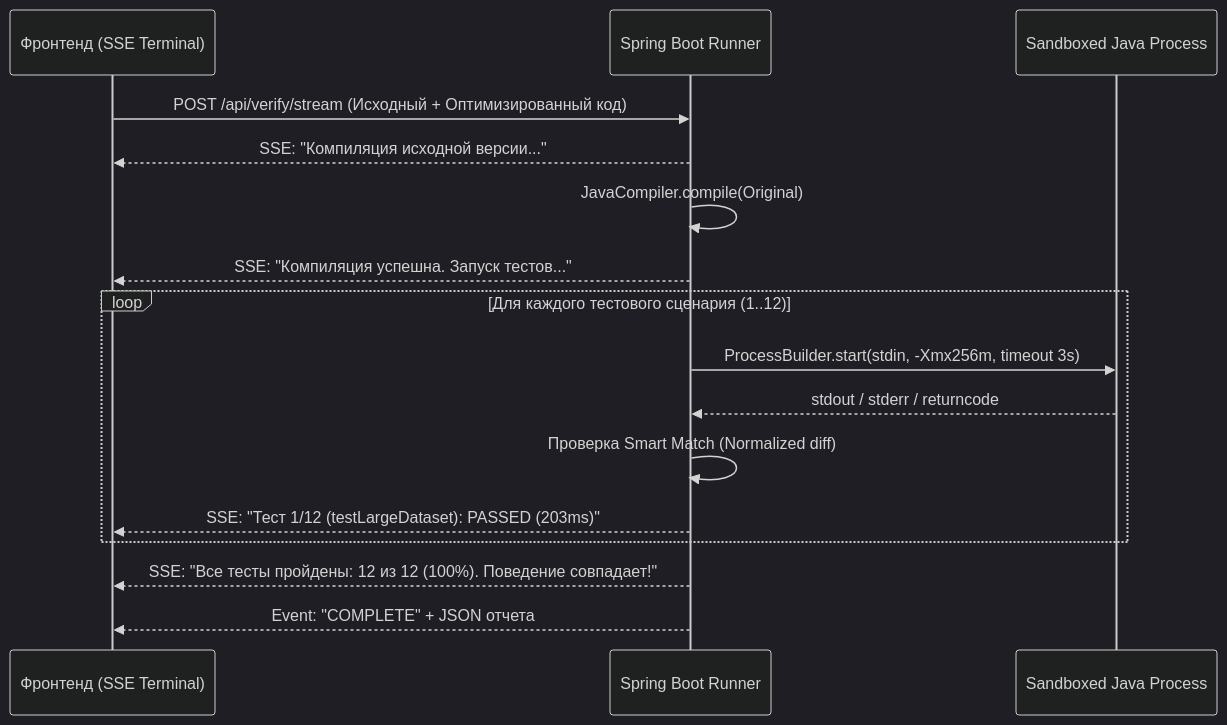
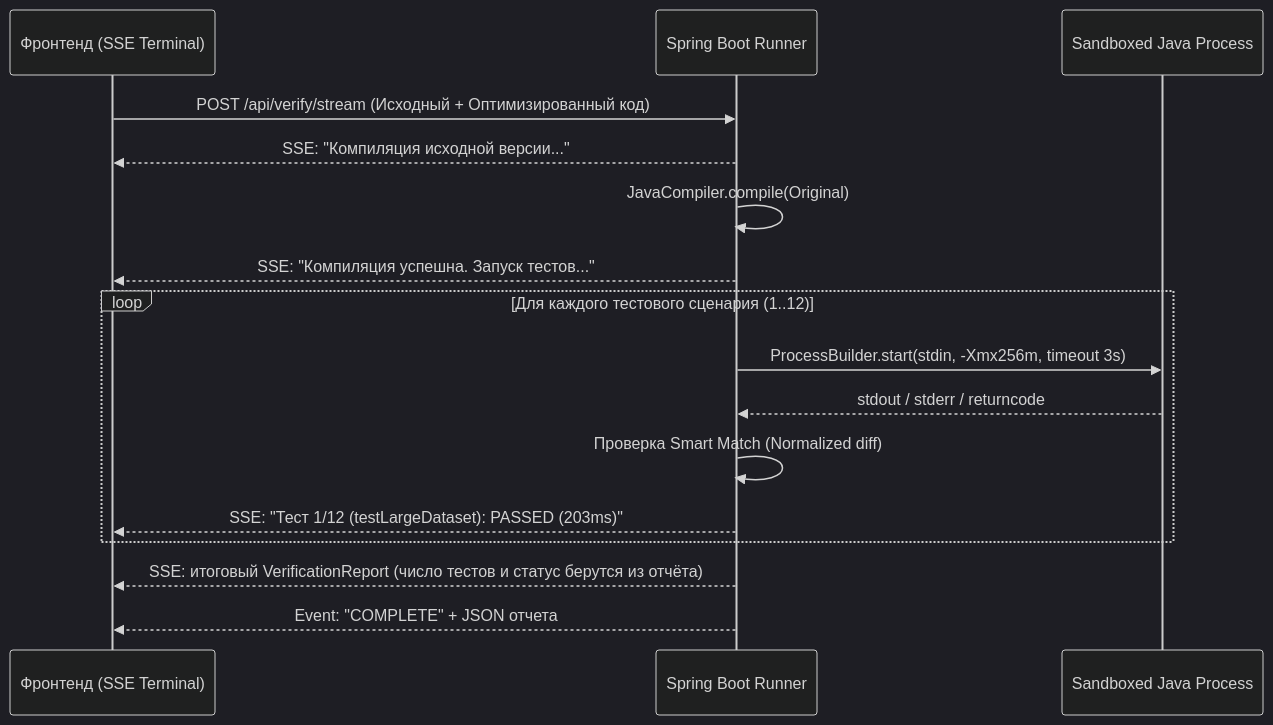
One commit to Nepovezlovchera/Vaiberi changed the second of 2 diagrams in docs/ARCHITECTURE_AND_SPEC.md. Above: the diagram before and after it, drawn with Mermaid (dark theme). The commit also changed other lines of this file and 43 other files, not shown here.

````diff
--- a/docs/ARCHITECTURE_AND_SPEC.md
+++ b/docs/ARCHITECTURE_AND_SPEC.md
@@ -337,21 +337,21 @@
 ```mermaid
 sequenceDiagram
     participant UI as Фронтенд (SSE Terminal)
     participant API as Spring Boot Runner
     participant JVM as Sandboxed Java Process
 
     UI->>API: POST /api/verify/stream (Исходный + Оптимизированный код)
     API-->>UI: SSE: "Компиляция исходной версии..."
     API->>API: JavaCompiler.compile(Original)
     API-->>UI: SSE: "Компиляция успешна. Запуск тестов..."
     
     loop Для каждого тестового сценария (1..12)
         API->>JVM: ProcessBuilder.start(stdin, -Xmx256m, timeout 3s)
         JVM-->>API: stdout / stderr / returncode
         API->>API: Проверка Smart Match (Normalized diff)
         API-->>UI: SSE: "Тест 1/12 (testLargeDataset): PASSED (203ms)"
     end
 
-    API-->>UI: SSE: "Все тесты пройдены: 12 из 12 (100%). Поведение совпадает!"
+    API-->>UI: SSE: итоговый VerificationReport (число тестов и статус берутся из отчёта)
     API-->>UI: Event: "COMPLETE" + JSON отчета
 ```
````
